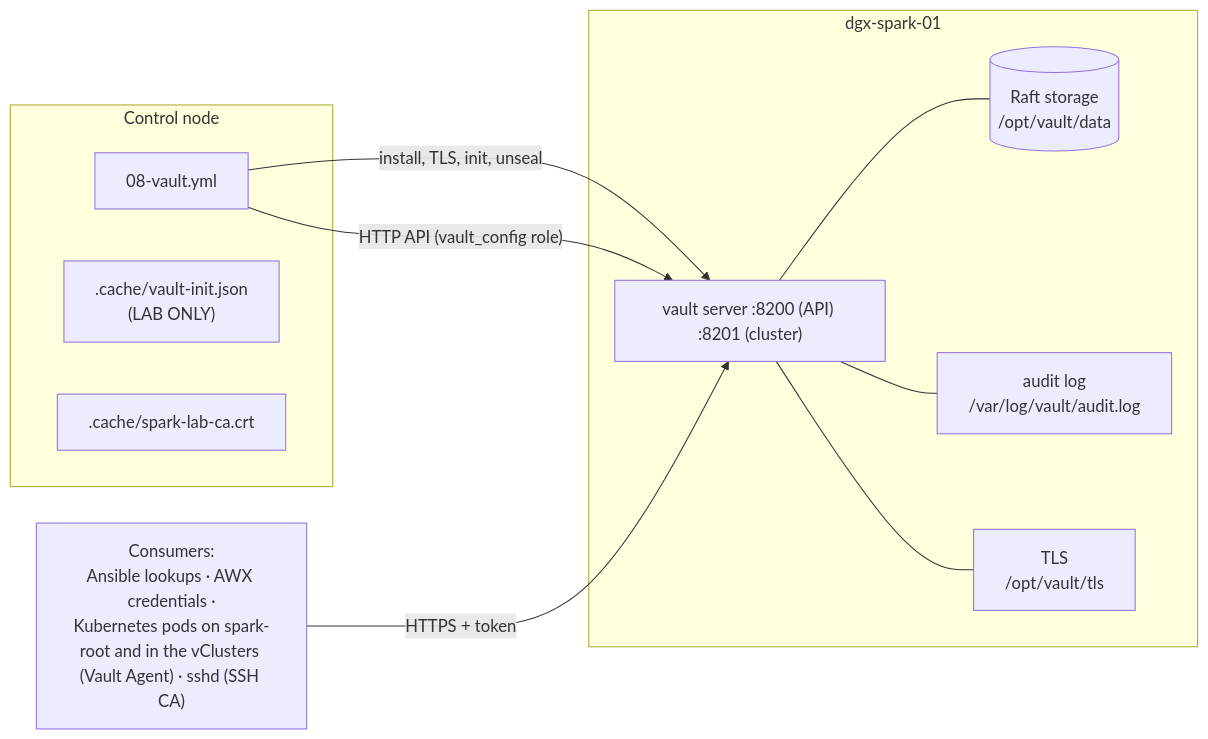
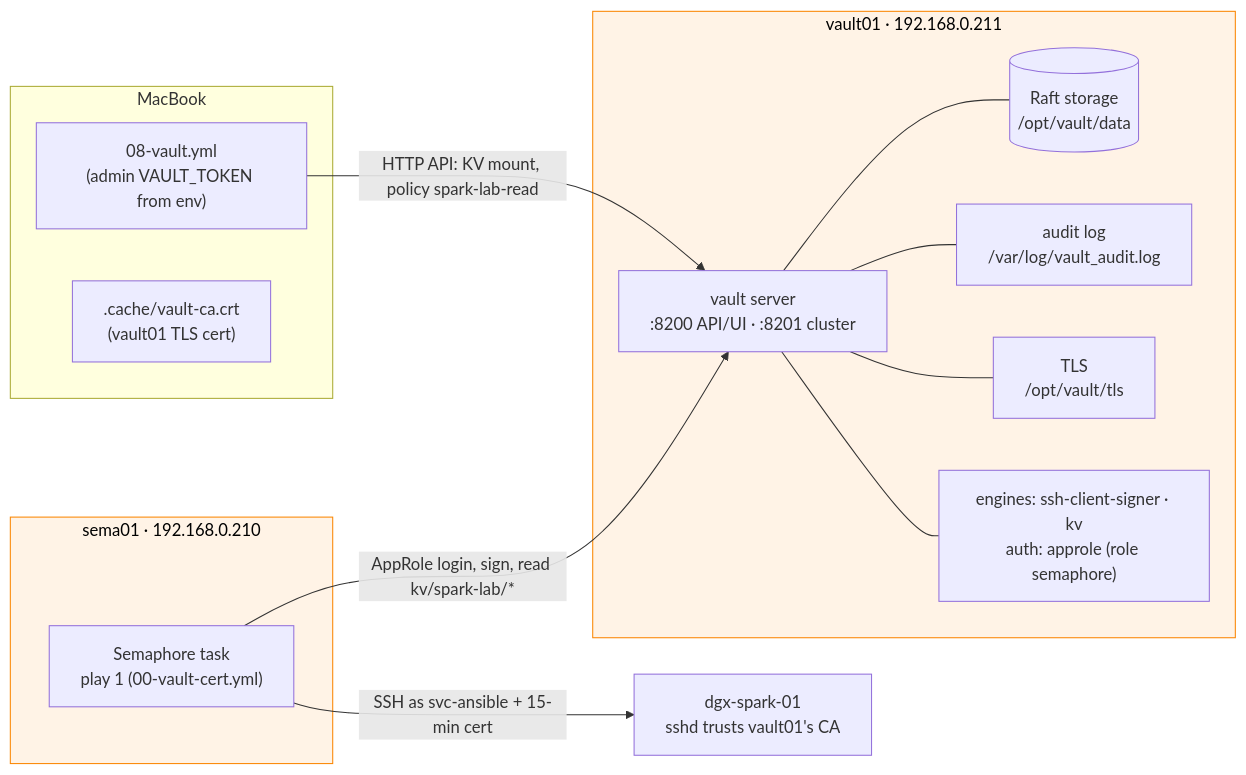
Before and after one commit to cloudone365/technical-depth: the first of 2 diagrams in 01 Ansible/03-hashicorp-vault-deep-dive.md, drawn with Mermaid. The commit also changed other lines of this file and 37 other files, not shown here.

First line of the commit message:
Docs: Semaphore + vault01 management plane, dgx-spark-01 as a target

````diff
--- a/01 Ansible/03-hashicorp-vault-deep-dive.md
+++ b/01 Ansible/03-hashicorp-vault-deep-dive.md
@@ -20,18 +22,24 @@
 ```mermaid
 flowchart LR
-  subgraph CN[Control node]
-    PB["08-vault.yml"]
-    INIT[".cache/vault-init.json<br/>(LAB ONLY)"]
-    CA[".cache/spark-lab-ca.crt"]
+  classDef mgmt fill:#fff3e6,stroke:#fb8500,color:#000
+  subgraph MB[MacBook]
+    PB["08-vault.yml<br/>(admin VAULT_TOKEN from env)"]
+    CA[".cache/vault-ca.crt<br/>(vault01 TLS cert)"]
   end
-  subgraph S1["dgx-spark-01"]
-    V["vault server :8200 (API) :8201 (cluster)"]
+  subgraph V1["vault01 · 192.168.0.211"]
+    V["vault server<br/>:8200 API/UI · :8201 cluster"]
     R[("Raft storage<br/>/opt/vault/data")]
-    A["audit log<br/>/var/log/vault/audit.log"]
+    A["audit log<br/>/var/log/vault_audit.log"]
     T["TLS<br/>/opt/vault/tls"]
+    E["engines: ssh-client-signer · kv<br/>auth: approle (role semaphore)"]
   end
-  PB -->|install, TLS, init, unseal| V
-  PB -->|"HTTP API (vault_config role)"| V
-  V --- R & A & T
-  CONS["Consumers:<br/>Ansible lookups · AWX credentials ·<br/>Kubernetes pods on spark-root and in the vClusters (Vault Agent) · sshd (SSH CA)"] -->|HTTPS + token| V
+  subgraph S1["sema01 · 192.168.0.210"]
+    P1["Semaphore task<br/>play 1 (00-vault-cert.yml)"]
+  end
+  SP["dgx-spark-01<br/>sshd trusts vault01's CA"]
+  PB -->|"HTTP API: KV mount, policy spark-lab-read"| V
+  P1 -->|"AppRole login, sign, read kv/spark-lab/*"| V
+  P1 -->|"SSH as svc-ansible + 15-min cert"| SP
+  V --- R & A & T & E
+  class V1,S1 mgmt
 ```
````
